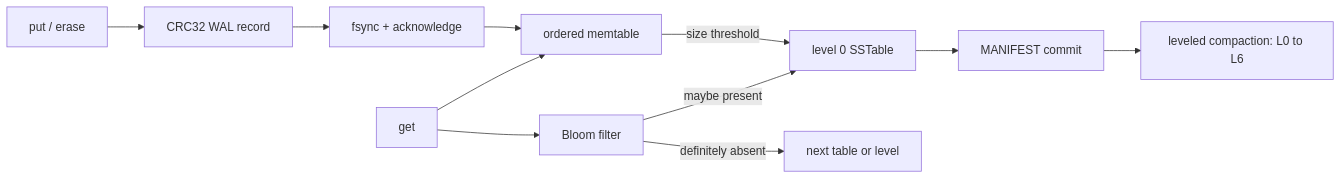
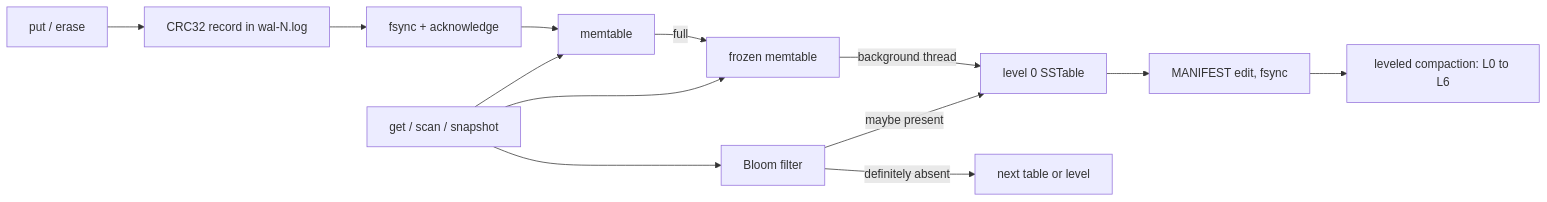
Before and after one commit to Eyeroniq/lsm-tree: the diagram in README.md, drawn with Mermaid. The commit also changed other lines of this file and 1 other file, not shown here.

First line of the commit message:
Document snapshots, concurrency, the MANIFEST log and power-loss testing

````diff
--- a/README.md
+++ b/README.md
@@ -40,13 +44,15 @@
 ```mermaid
 flowchart LR
-  W["put / erase"] --> L["CRC32 WAL record"]
+  W["put / erase"] --> L["CRC32 record in wal-N.log"]
   L --> S["fsync + acknowledge"]
-  S --> M["ordered memtable"]
-  M -->|size threshold| T["level 0 SSTable"]
-  T --> F["MANIFEST commit"]
+  S --> M["memtable"]
+  M -->|full| I["frozen memtable"]
+  I -->|background thread| T["level 0 SSTable"]
+  T --> F["MANIFEST edit, fsync"]
   F --> C["leveled compaction: L0 to L6"]
-  R["get"] --> M
+  R["get / scan / snapshot"] --> M
+  R --> I
   R --> B["Bloom filter"]
   B -->|maybe present| T
   B -->|definitely absent| N["next table or level"]
 ```
````
